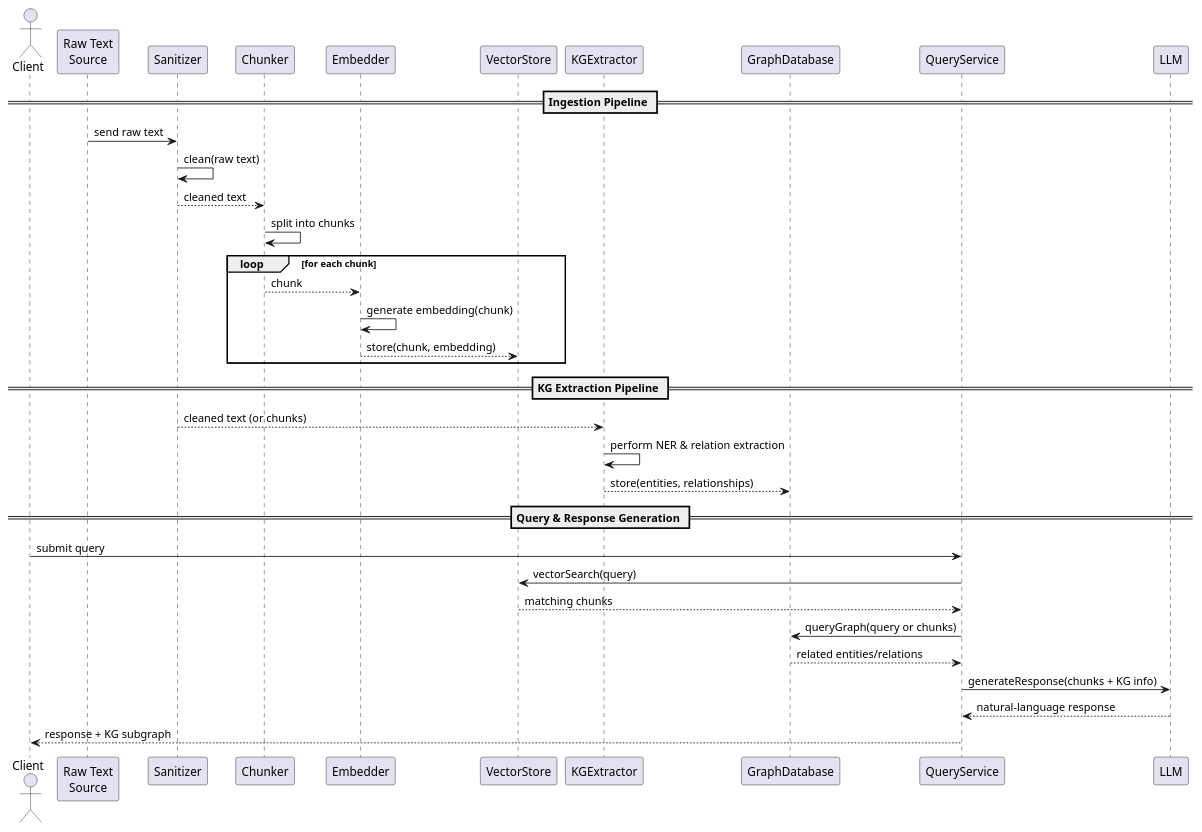
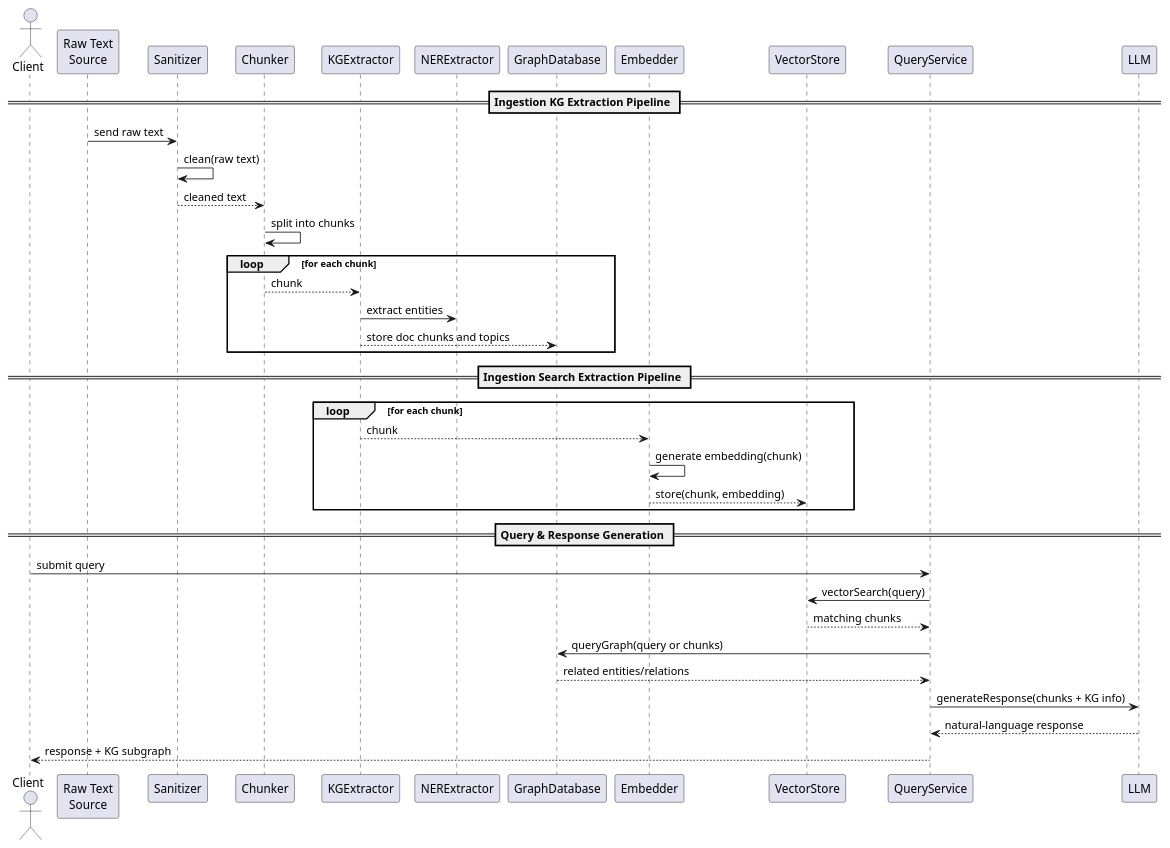
One commit to violabs/mimir changed the diagram in ai/kg-rag/README.md. Above: the diagram before and after it, drawn with PlantUML. The commit also changed other lines of this file and 33 other files, not shown here.

````diff
--- a/ai/kg-rag/README.md
+++ b/ai/kg-rag/README.md
@@ -51,44 +57,48 @@
 ```plantuml
 @startuml
 actor Client
 
 participant "Raw Text\nSource" as RawText
 participant Sanitizer
 participant Chunker
+
+participant KGExtractor
+participant NERExtractor
+participant GraphDatabase
+
 participant Embedder
 participant VectorStore
-
-participant KGExtractor
-participant GraphDatabase
 
 participant QueryService
 participant LLM
 
-== Ingestion Pipeline ==
+== Ingestion KG Extraction Pipeline ==
 RawText -> Sanitizer : send raw text
 Sanitizer -> Sanitizer : clean(raw text)
 Sanitizer --> Chunker : cleaned text
 Chunker -> Chunker : split into chunks
 loop for each chunk
-  Chunker --> Embedder : chunk
+  Chunker --> KGExtractor : chunk
+  KGExtractor -> NERExtractor : extract entities
+  KGExtractor --> GraphDatabase : store doc chunks and topics
+end
+
+== Ingestion Search Extraction Pipeline ==
+loop for each chunk
+  KGExtractor --> Embedder : chunk
   Embedder -> Embedder : generate embedding(chunk)
   Embedder --> VectorStore : store(chunk, embedding)
 end
-
-== KG Extraction Pipeline ==
-Sanitizer --> KGExtractor : cleaned text (or chunks)
-KGExtractor -> KGExtractor : perform NER & relation extraction
-KGExtractor --> GraphDatabase : store(entities, relationships)
 
 == Query & Response Generation ==
 Client -> QueryService : submit query
 QueryService -> VectorStore : vectorSearch(query)
 VectorStore --> QueryService : matching chunks
 QueryService -> GraphDatabase : queryGraph(query or chunks)
 GraphDatabase --> QueryService : related entities/relations
 QueryService -> LLM : generateResponse(chunks + KG info)
 LLM --> QueryService : natural‑language response
 QueryService --> Client : response + KG subgraph
 @enduml
 
 ```
````
